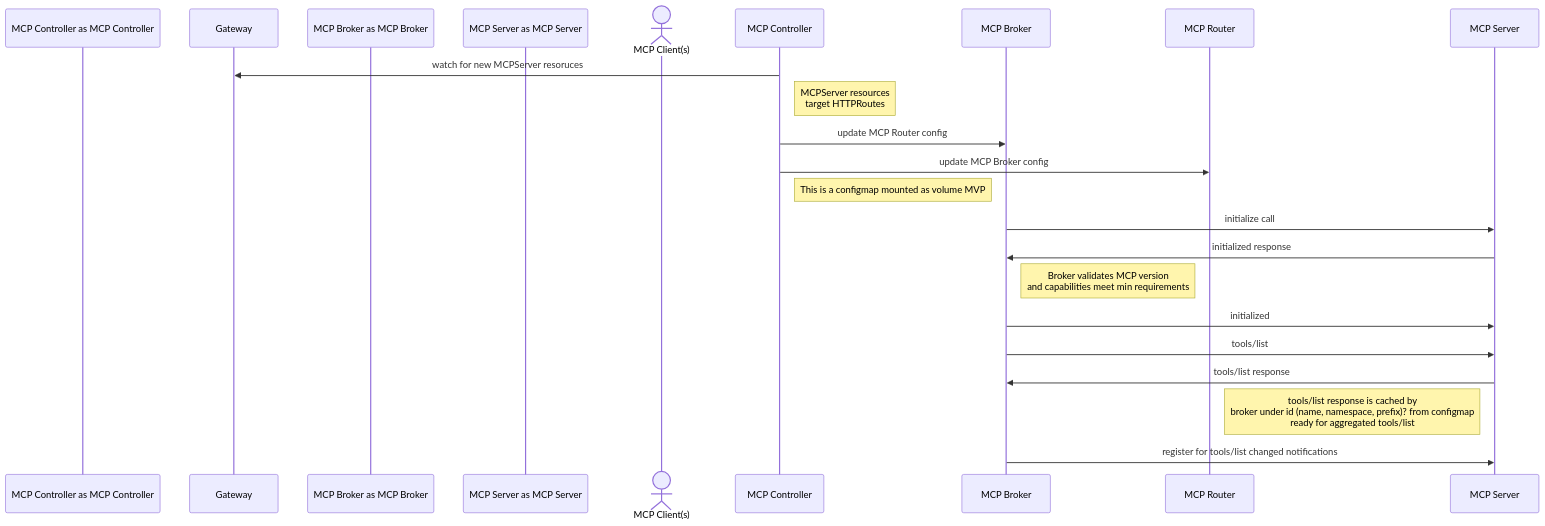
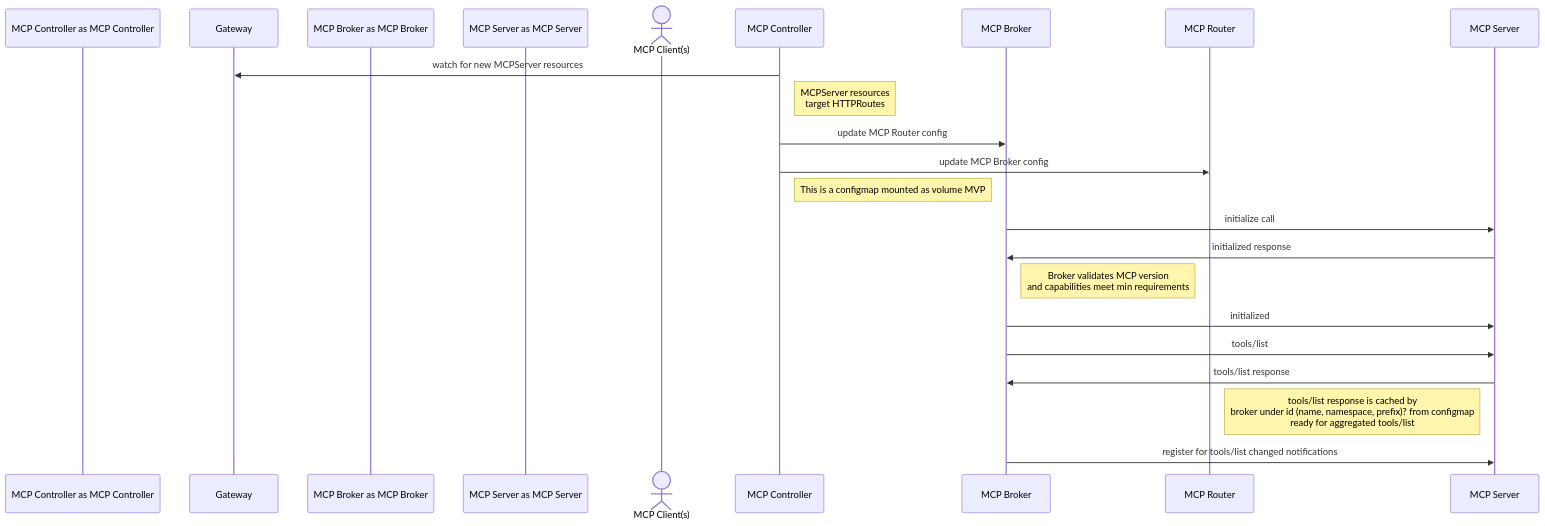
Before and after one commit to kagenti/mcp-gateway: the third of 6 diagrams in docs/design/flows.md, drawn with Mermaid. The commit also changed other lines of this file and 2 other files, not shown here.

Commit message:
More spelling fixes

````diff
--- a/docs/design/flows.md
+++ b/docs/design/flows.md
@@ -49,23 +49,23 @@
 ```mermaid
 sequenceDiagram
   participant MCP Controller as MCP Controller
   participant Gateway as Gateway
   participant MCP Broker as MCP Broker
   participant MCP Server as MCP Server
   actor MCP Client(s)
 
-  MCP Controller ->> Gateway: watch for new MCPServer resoruces
+  MCP Controller ->> Gateway: watch for new MCPServer resources
   note right of MCP Controller:  MCPServer resources <br/> target HTTPRoutes
   MCP Controller ->> MCP Broker: update MCP Router config 
   MCP Controller ->> MCP Router: update MCP Broker config 
   note right of MCP Controller:  This is a configmap mounted as volume MVP
   MCP Broker ->> MCP Server: initialize call
   MCP Server ->> MCP Broker: initialized response
   note right of MCP Broker: Broker validates MCP version <br/> and capabilities meet min requirements
   MCP Broker ->> MCP Server: initialized
   MCP Broker ->> MCP Server: tools/list
   MCP Server ->> MCP Broker: tools/list response
   Note left of MCP Server: tools/list response is cached by <br/> broker under id (name, namespace, prefix)? from configmap <br/> ready for aggregated tools/list
   MCP Broker ->> MCP Server: register for tools/list changed notifications
 
 ```
````
